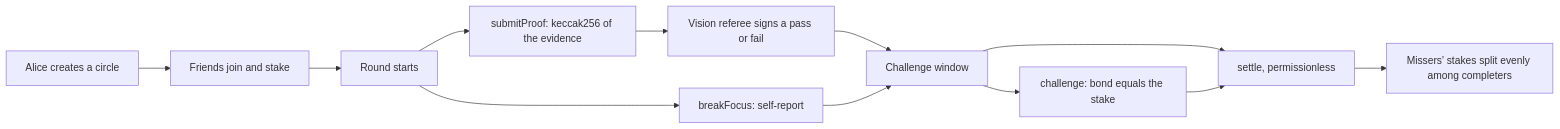
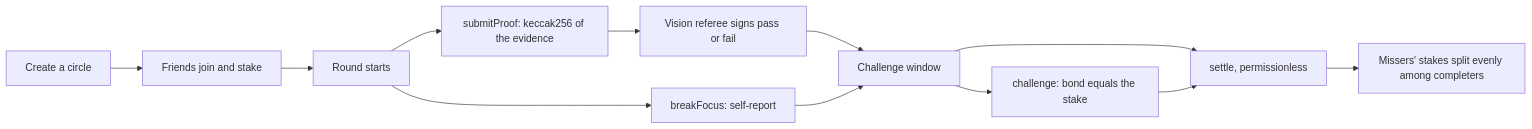
Before and after one commit to alinjfz/monad-blitz-london: the diagram in README.md, drawn with Mermaid. The commit also changed other lines of this file and 13 other files, not shown here.

````diff
--- a/README.md
+++ b/README.md
@@ -18,14 +47,14 @@
 ```mermaid
 flowchart LR
-  create[Alice creates a circle] --> join[Friends join and stake]
+  create[Create a circle] --> join[Friends join and stake]
   join --> start[Round starts]
   start --> proof[submitProof: keccak256 of the evidence]
-  proof --> referee[Vision referee signs a pass or fail]
+  proof --> referee[Vision referee signs pass or fail]
   start --> broke[breakFocus: self-report]
   referee --> window[Challenge window]
   broke --> window
   window --> dispute["challenge: bond equals the stake"]
   window --> settle[settle, permissionless]
   dispute --> settle
   settle --> pay[Missers' stakes split evenly among completers]
 ```
````
